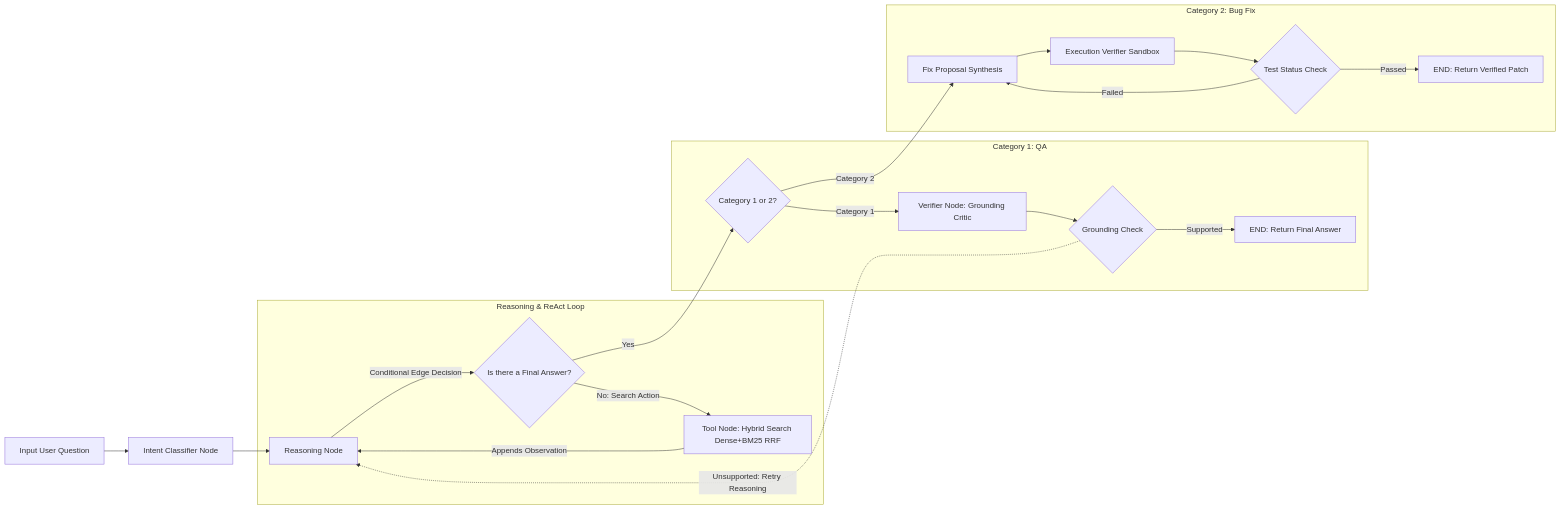
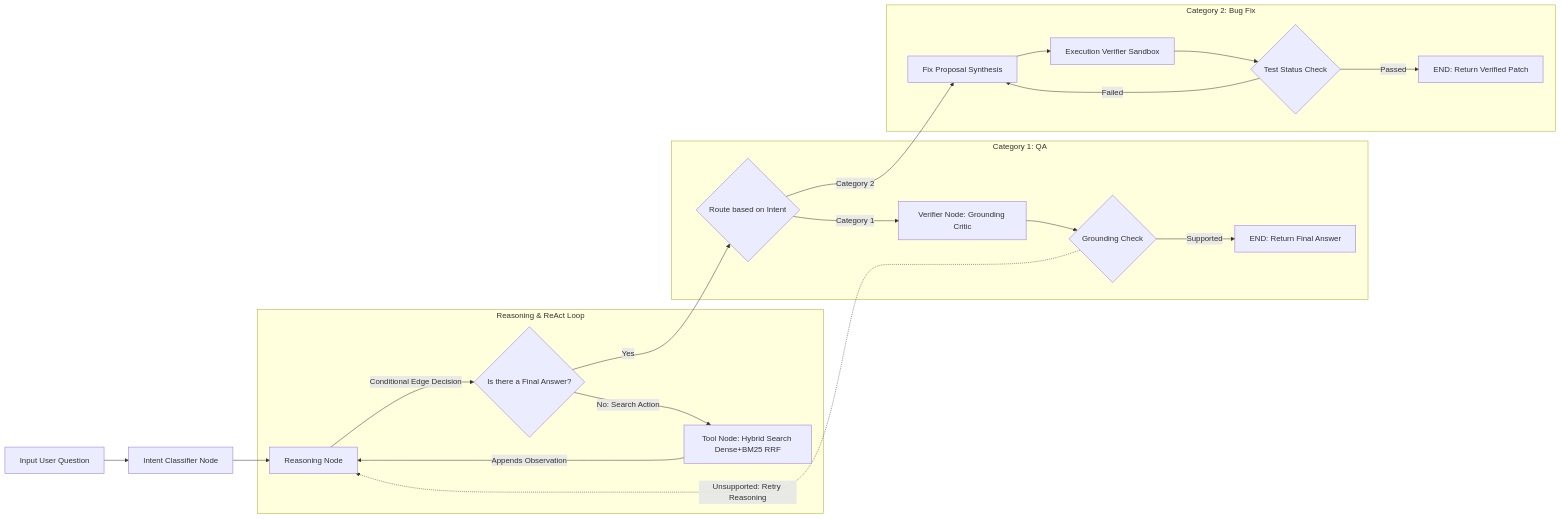
One commit to dhruvkachhela/AI-coding-agent changed the diagram in README.md. Above: the diagram before and after it, drawn with Mermaid. The commit also changed 1 other file, not shown here.

Commit message:
Clarify intent routing node in architecture diagram

````diff
--- a/README.md
+++ b/README.md
@@ -24,29 +24,29 @@
 ```mermaid
 graph LR
     A[Input User Question] --> B[Intent Classifier Node]
     B --> C
     
     subgraph Reasoning & ReAct Loop
     C[Reasoning Node]
     C -->|Conditional Edge Decision| D{Is there a Final Answer?}
     D -->|No: Search Action| E[Tool Node: Hybrid Search Dense+BM25 RRF]
     E -->|Appends Observation| C
     end
     
-    D -->|Yes| F{Category 1 or 2?}
+    D -->|Yes| F{Route based on Intent}
     
     subgraph Category 1: QA
     F -->|Category 1| G[Verifier Node: Grounding Critic]
     G --> H{Grounding Check}
     H -.->|Unsupported: Retry Reasoning| C
     H -->|Supported| I[END: Return Final Answer]
     end
     
     subgraph Category 2: Bug Fix
     F -->|Category 2| J[Fix Proposal Synthesis]
     J --> K[Execution Verifier Sandbox]
     K --> L{Test Status Check}
     L -->|Failed| J
     L -->|Passed| M[END: Return Verified Patch]
     end
 ```
````
